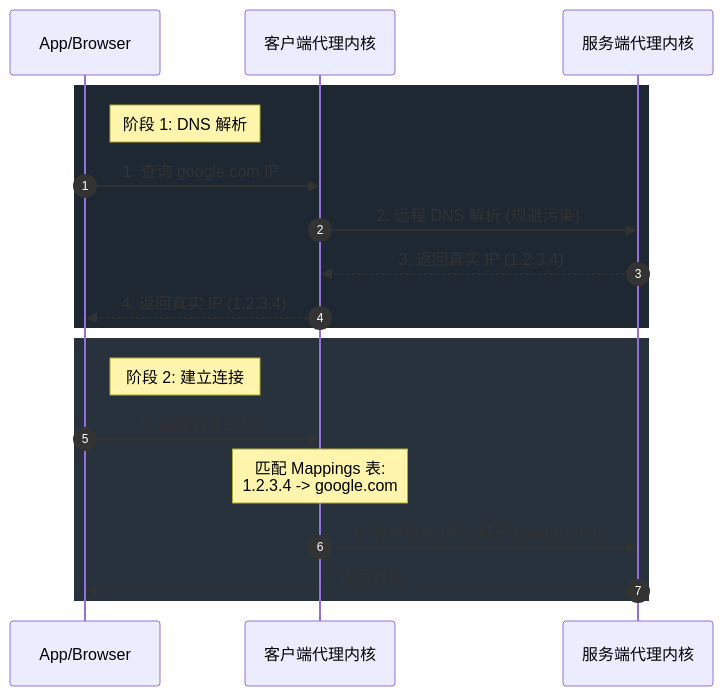
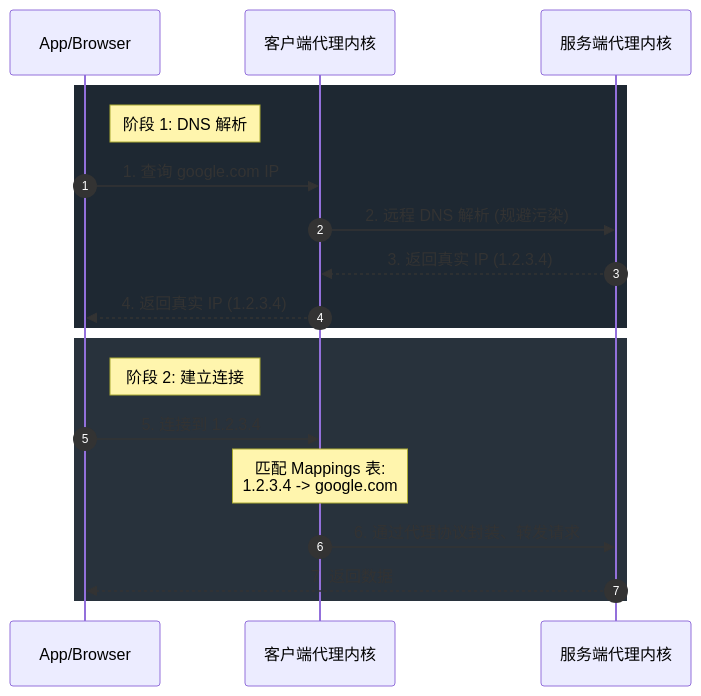
One commit to eepsjo/Swill changed the first of 2 diagrams in docs/技/26/02.fake-ip 与 redir-host.md. Above: the diagram before and after it, drawn with Mermaid. The commit also changed other lines of this file, not shown here.

````diff
--- a/docs/技/26/02.fake-ip 与 redir-host.md
+++ b/docs/技/26/02.fake-ip 与 redir-host.md
@@ -10,23 +10,23 @@
 ``` mermaid
 sequenceDiagram
     autonumber
     participant App as App/Browser
     participant Core as 客户端代理内核
     participant Remote as 服务端代理内核
 
     rect rgb(30, 40, 50)
     Note right of App: 阶段 1: DNS 解析
     App->>Core: 1. 查询 google.com IP
     Core->>Remote: 2. 远程 DNS 解析 (规避污染)
     Remote-->>Core: 3. 返回真实 IP (1.2.3.4)
     Core-->>App: 4. 返回真实 IP (1.2.3.4)
     end
 
     rect rgb(40, 50, 60)
     Note right of App: 阶段 2: 建立连接
     App->>Core: 5. 连接到 1.2.3.4
     Note over Core: 匹配 Mappings 表: <br/>1.2.3.4 -> google.com
-    Core->>Remote: 6. 转发请求 (带上域名 google.com)
+    Core->>Remote: 6. 通过代理协议封装、转发请求
     Remote-->>App: 7. 返回数据
     end
 ```
````
